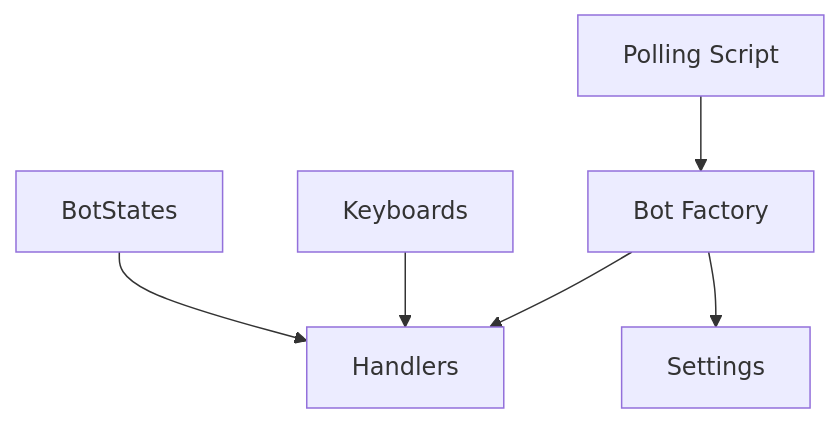
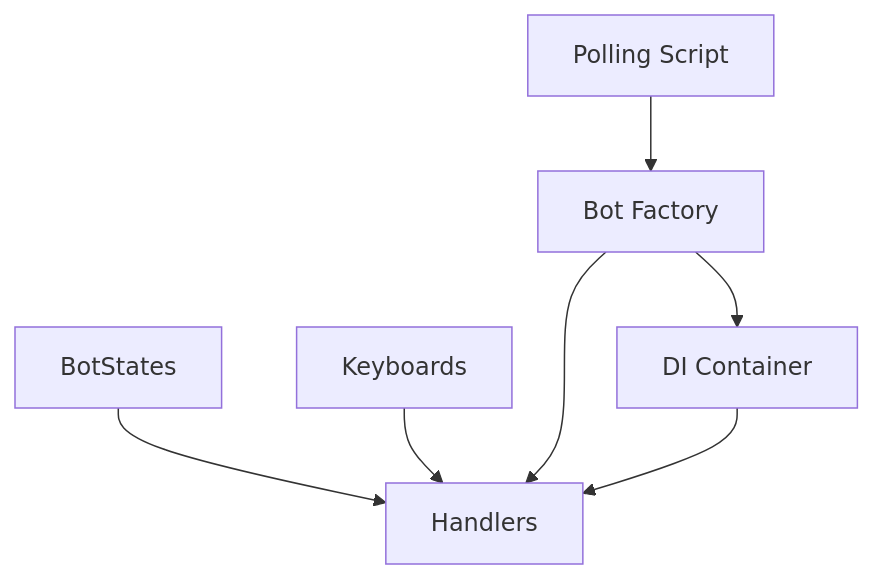
Before and after one commit to ognelis/cafetera_hr_bot: the tenth of 10 diagrams in .qoder/repowiki/en/content/State Management.md, drawn with Mermaid. The commit also changed other lines of this file and 14 other files, not shown here.

````diff
--- a/.qoder/repowiki/en/content/State Management.md
+++ b/.qoder/repowiki/en/content/State Management.md
@@ -283,8 +402,9 @@
 ```mermaid
 graph TB
 ST["BotStates"] --> HK["Handlers"]
 KB["Keyboards"] --> HK
 BT["Bot Factory"] --> HK
-BT --> CFG["Settings"]
+BT --> HD["DI Container"]
+HD --> HK
 PL["Polling Script"] --> BT
 ```
````
